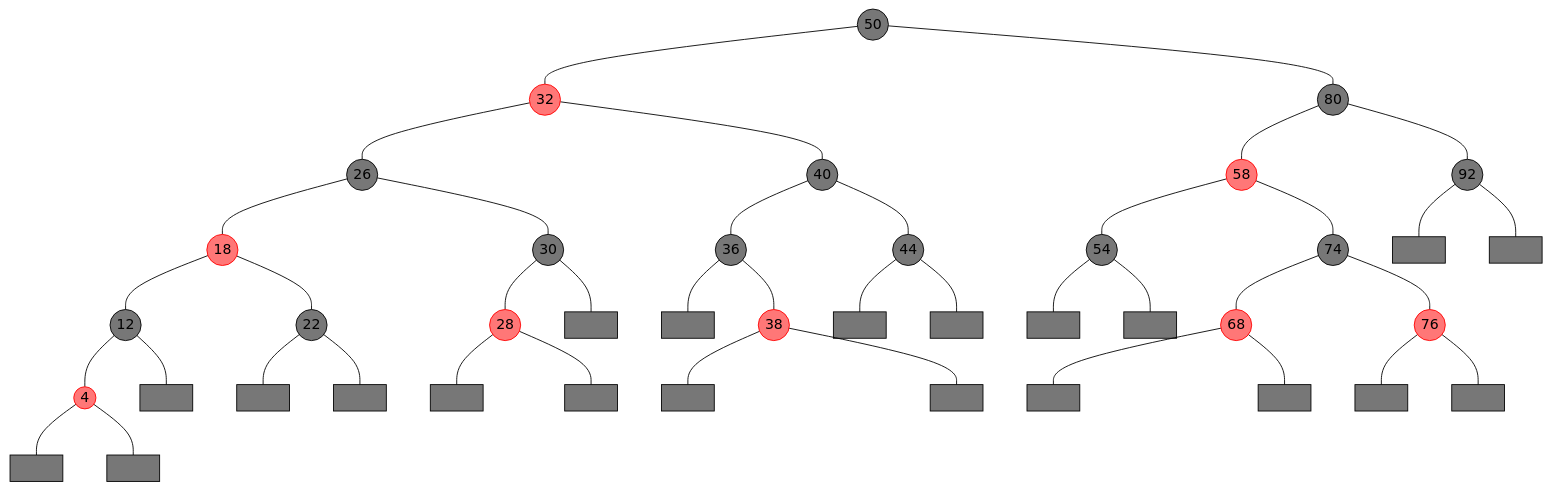
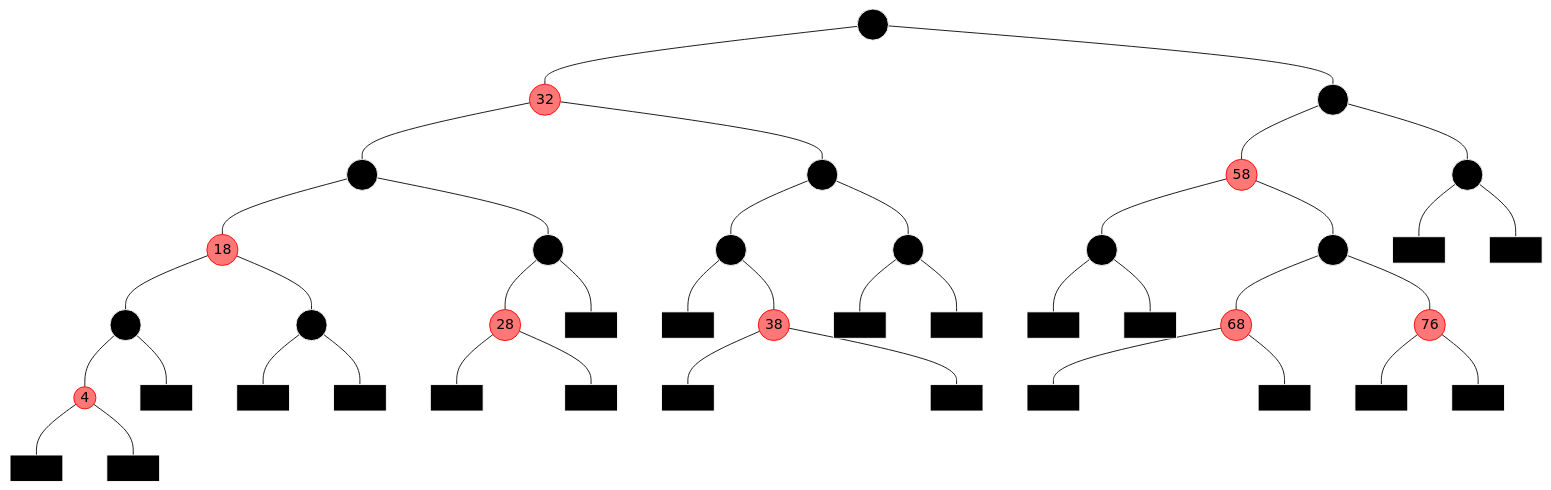
Before and after one commit to Kechidi/TP1: the diagram in cours/black-red-trees.md, drawn with Mermaid (forest theme).

Commit message:
trying to see the text on nodes

````diff
--- a/cours/black-red-trees.md
+++ b/cours/black-red-trees.md
@@ -22,29 +22,29 @@
 ```mermaid
 graph TD
   50((50)) --- 32 & 80
   32((32)) --- 26 & 40
   80((80)) --- 58 & 92
   26((26)) --- 18 & 30
   40((40)) --- 36 & 44
   58((58)) --- 54 & 74
   92((92)) --- s01[ ] & s02[ ]
   18((18)) --- 12 & 22
   30((30)) --- 28 & s03[ ]
   36((36)) --- s04[ ] & 38
   44((44)) --- s05[ ] & s06[ ]
   54((54)) --- s07[ ] & s08[ ]
   74((74)) --- 68 & 76
   12((12)) --- 4 & s09[ ]
   22((22)) --- s10[ ] & s11[ ]
   28((28)) --- s12[ ] & s13[ ]
   38((38)) --- s14[ ] & s15[ ]
   68((68)) --- s16[ ] & s17[ ]
   76((76)) --- s18[ ] & s19[ ]
   4((4)) --- s20[ ] & s21[ ]
 
 
-  classDef black fill:#0008, stroke:#000;
+  classDef black fill:#000, stroke:#fff;
   classDef red fill:#f008, stroke:#f00;
   class 50,80,26,40,92,30,36,44,54,74,s01,s02,12,22,s03,s04,s05,s06,s07,s08,s09,s10,s11,s12,s13,s14,s15,s16,s17,s18,s19,s20,s21 black;
   class 32,58,18,28,38,68,76,4 red;
 ```
````
